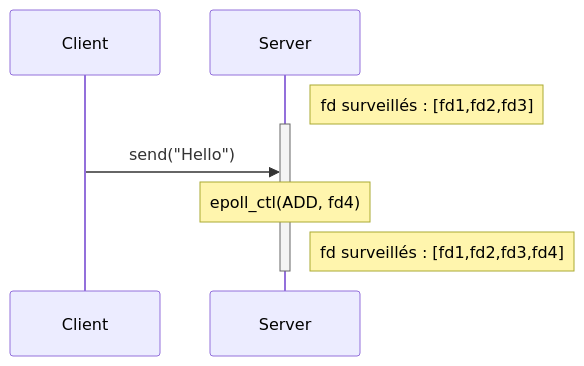
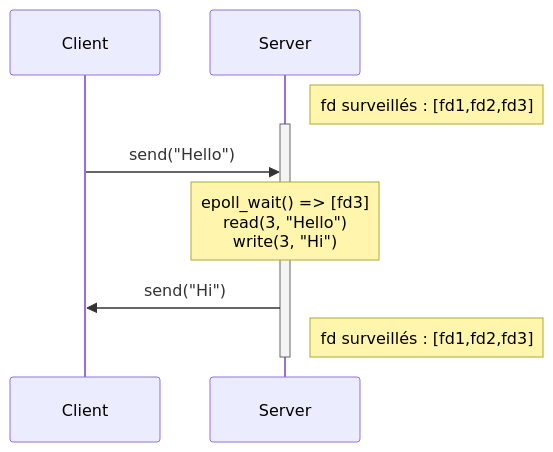
The diagram in presentation/schema-mermaid/epoll_read.md (NaitYoussef/rust-io-example), drawn with Mermaid before and after one commit. The commit also changed 4 other files, not shown here.

````diff
--- a/presentation/schema-mermaid/epoll_read.md
+++ b/presentation/schema-mermaid/epoll_read.md
@@ -1,21 +1,22 @@
 ```mermaid
 %%{ init: {"theme": "default",
            "themeVariables": { "wrap": "false", 'fontSize': '24px' },
            "flowchart": { "curve": "default",
                           "markdownAutoWrap":"false",
                           "wrappingWidth": "600" }
            }
 }%%
 sequenceDiagram
 
    participant C as Client
    participant S as Server
 
    Note right of S: fd surveillés : [fd1,fd2,fd3]
    activate S
    C->>S: send("Hello")
-   Note over S: epoll_ctl(ADD, fd4)
-   Note right of S: fd surveillés : [fd1,fd2,fd3,fd4]
+   Note over S: epoll_wait() => [fd3]<br/>read(3, "Hello")<br/>write(3, "Hi")
+   S->>C: send("Hi")
+   Note right of S: fd surveillés : [fd1,fd2,fd3]
    deactivate S
 
 ```
````
